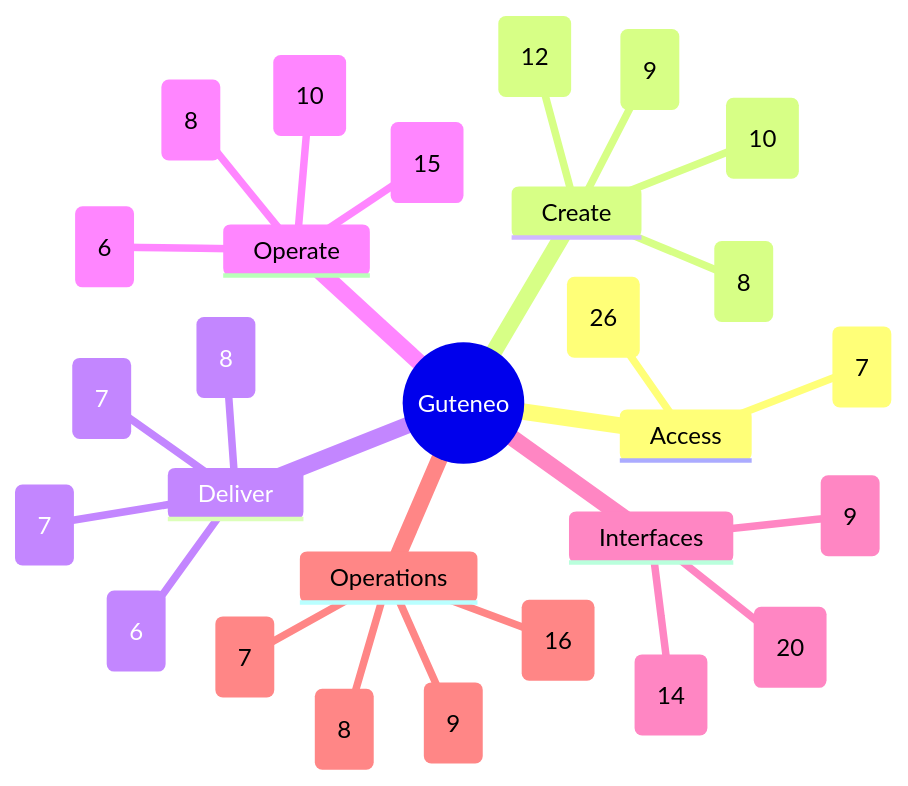
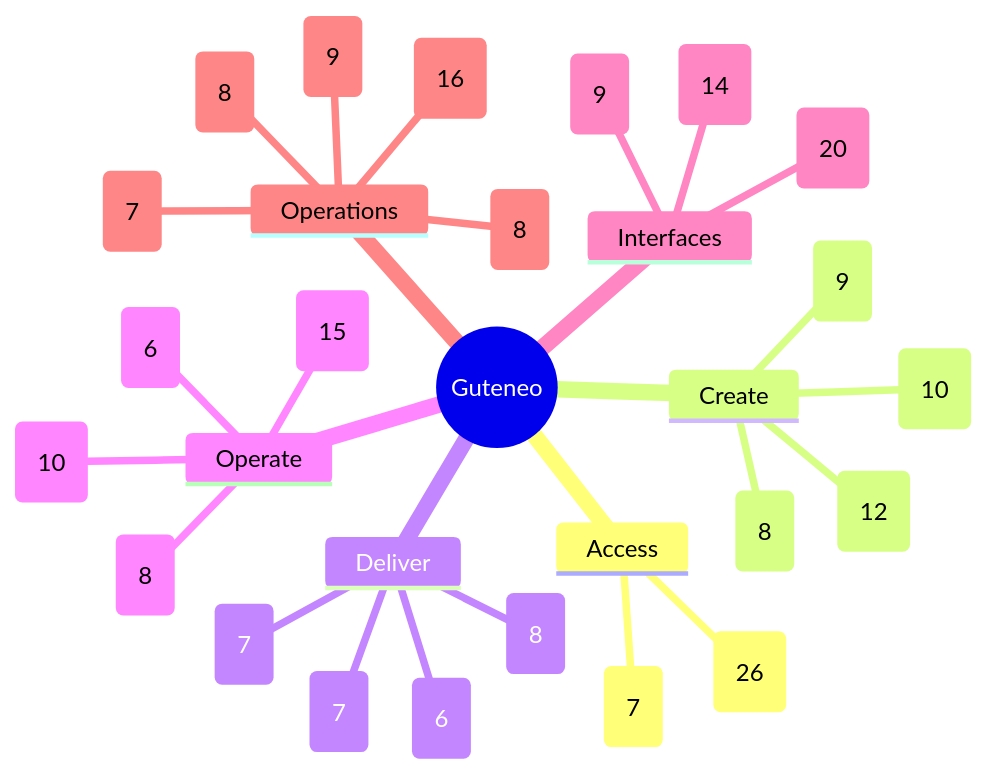
One commit to nclsppr/guteneo changed the diagram in docs/FEATURE_MAP.md. Above: the diagram before and after it, drawn with Mermaid. The commit also changed other lines of this file and 244 other files, not shown here.

Commit message:
feat(docs): add branded Nimbus engineering documentation

````diff
--- a/docs/FEATURE_MAP.md
+++ b/docs/FEATURE_MAP.md
@@ -13,31 +13,32 @@
 ```mermaid
 mindmap
   root((Guteneo))
     Access
       Access and identity (26)
       Team and responsibilities (7)
     Create
       Documents and protection (8)
       Template studio (12)
       Data and mappings (9)
       PDF generation and distribution (10)
     Deliver
       Fax (6)
       Postal mail (8)
       Email and protected links (7)
       Dispatch dry run (7)
     Operate
       Campaigns and tracking (8)
       Credits and billing (6)
       Workspace appearance (15)
       Horizon PDF diagnostics (10)
     Interfaces
       Assistants and API (20)
       iPhone and iPad (9)
       Public pages and languages (14)
     Operations
       Reviewer OAuth qualification (9)
       Operations and reliability (16)
       Belvédère platform oversight (7)
       Public service status (8)
+      Engineering documentation (8)
 ```
````
